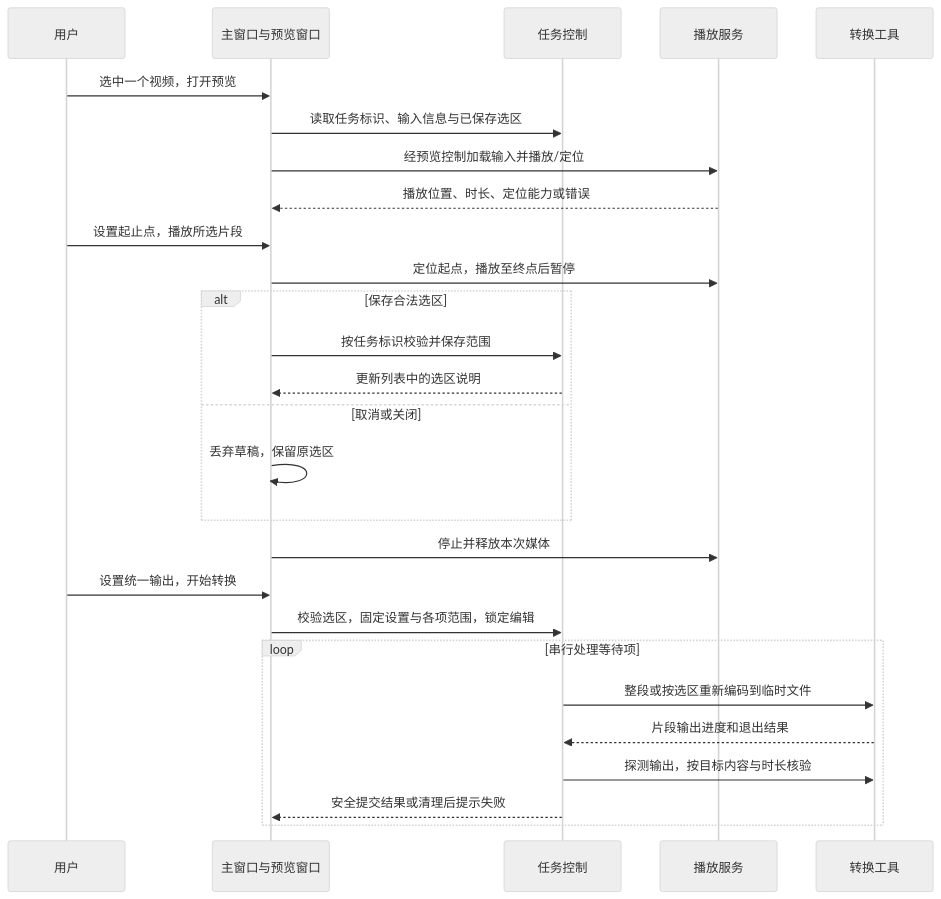
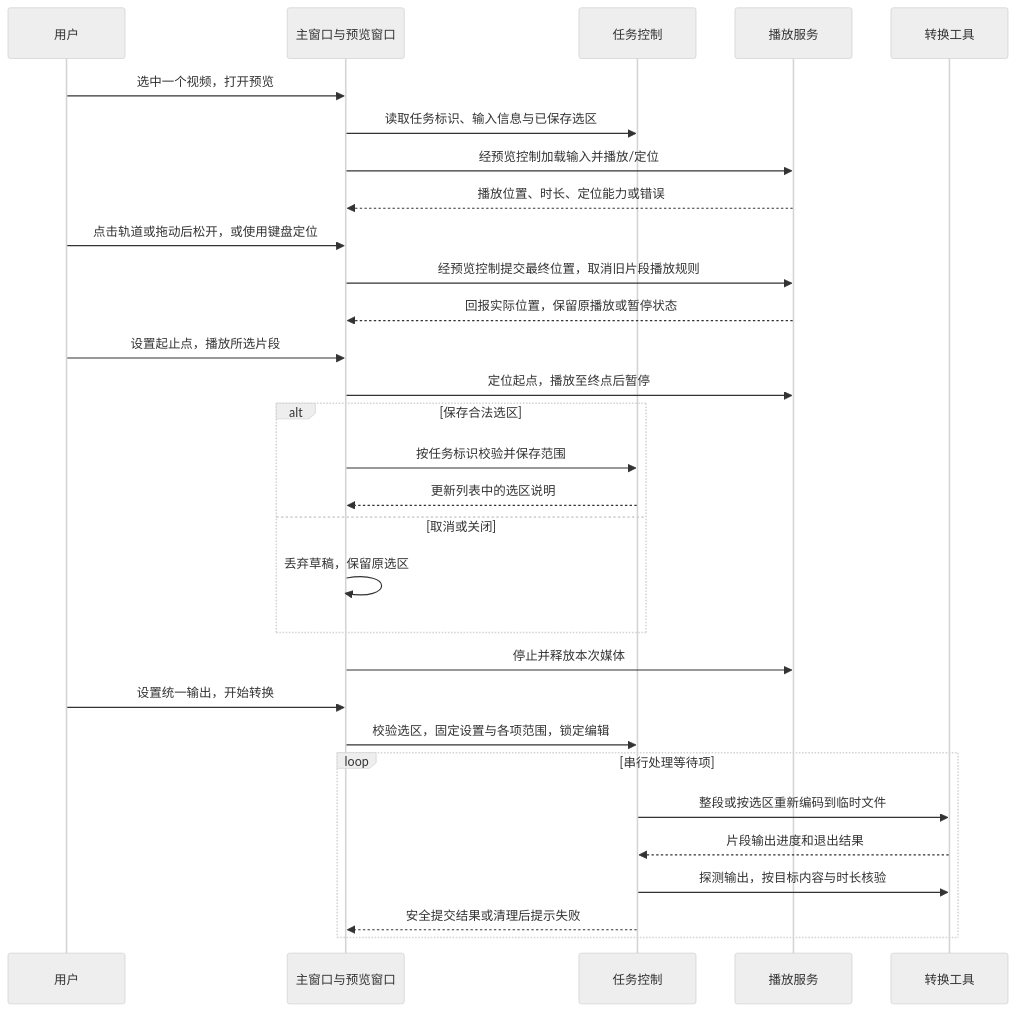
The second of 4 diagrams in docs/确认页/项目开发/整体项目开发方案.md (20050404yxc-collab/VideoConversion-), drawn with Mermaid (neutral theme) before and after one commit. The commit also changed other lines of this file and 50 other files, not shown here.

````diff
--- a/docs/确认页/项目开发/整体项目开发方案.md
+++ b/docs/确认页/项目开发/整体项目开发方案.md
@@ -172,29 +184,32 @@
 ```mermaid
 sequenceDiagram
     participant U as 用户
     participant W as 主窗口与预览窗口
     participant C as 任务控制
     participant P as 播放服务
     participant F as 转换工具
     U->>W: 选中一个视频，打开预览
     W->>C: 读取任务标识、输入信息与已保存选区
     W->>P: 经预览控制加载输入并播放/定位
     P-->>W: 播放位置、时长、定位能力或错误
+    U->>W: 点击轨道或拖动后松开，或使用键盘定位
+    W->>P: 经预览控制提交最终位置，取消旧片段播放规则
+    P-->>W: 回报实际位置，保留原播放或暂停状态
     U->>W: 设置起止点，播放所选片段
     W->>P: 定位起点，播放至终点后暂停
     alt 保存合法选区
         W->>C: 按任务标识校验并保存范围
         C-->>W: 更新列表中的选区说明
     else 取消或关闭
         W->>W: 丢弃草稿，保留原选区
     end
     W->>P: 停止并释放本次媒体
     U->>W: 设置统一输出，开始转换
     W->>C: 校验选区，固定设置与各项范围，锁定编辑
     loop 串行处理等待项
         C->>F: 整段或按选区重新编码到临时文件
         F-->>C: 片段输出进度和退出结果
         C->>F: 探测输出，按目标内容与时长核验
         C-->>W: 安全提交结果或清理后提示失败
     end
 ```
````
